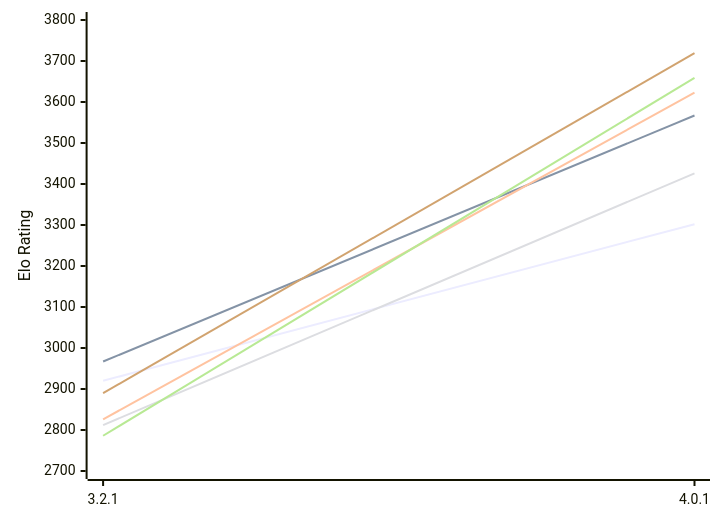
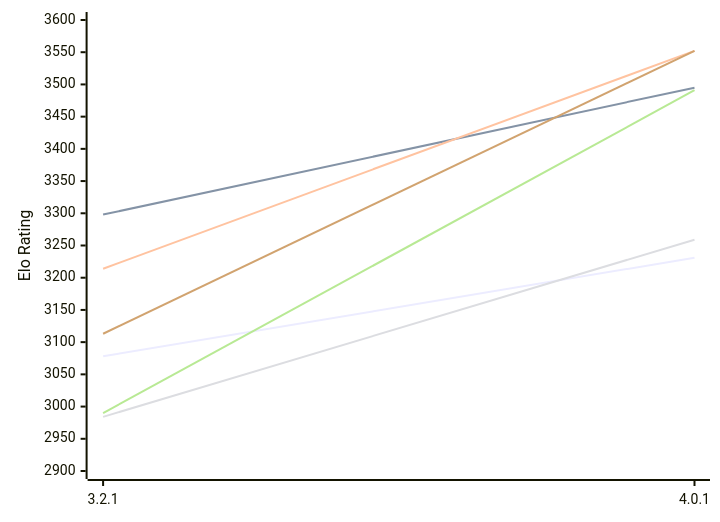
Before and after one commit to computer-chess-index/cci: the first of 2 diagrams in engines/Prune.md, drawn with Mermaid. The commit also changed other lines of this file, not shown here.

Commit message:
Update CCI Ratings (ELO VLTC) - 2026-11-13

````diff
--- a/engines/Prune.md
+++ b/engines/Prune.md
@@ -56,12 +56,12 @@
 ```mermaid
 %%{init: {"theme":"base","themeVariables":{"seriesColors:['#a3a3a3','#222221','#faa371']}}}%%
 xychart-beta
   x-axis ["3.2.1", "4.0.1"]
-  y-axis "Elo Rating" 2700 --> 3800
-  line "E1: STC (8.0+0.08s)" [2920, 3302]
-  line "E1: LTC (60.0+0.60s)" [2967, 3567]
-  line "E1: VLTC (2m24s+1.12s)" [2826, 3623]
-  line "P1: STC (8.0+0.08s)" [2812, 3426]
-  line "P1: LTC (60.0+0.60s)" [2786, 3659]
-  line "P1: VLTC (2m24s+1.12s)" [2890, 3719]
+  y-axis "Elo Rating" 2900 --> 3600
+  line "E1: STC (8.0+0.08s)" [3078, 3231]
+  line "E1: LTC (60.0+0.60s)" [3298, 3495]
+  line "E1: VLTC (2m24s+1.12s)" [3214, 3552]
+  line "P1: STC (8.0+0.08s)" [2984, 3259]
+  line "P1: LTC (60.0+0.60s)" [2990, 3491]
+  line "P1: VLTC (2m24s+1.12s)" [3113, 3552]
 ```
````
